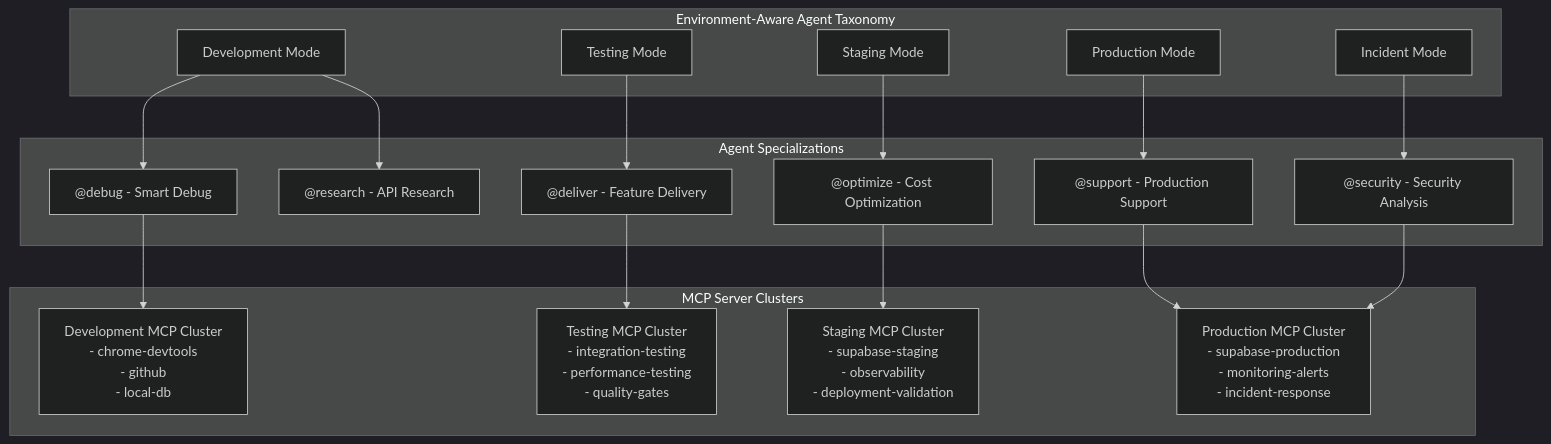
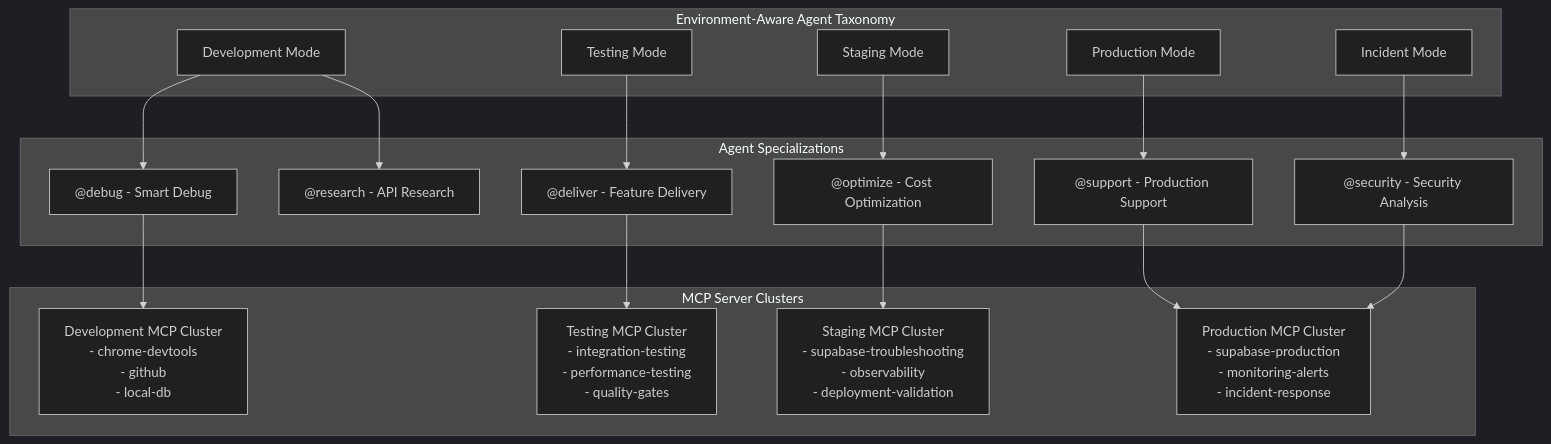
The first of 5 diagrams in docs/tooling/history/round-1/devops-environment-taxonomy.md (Alextorelli/ProspectPro), drawn with Mermaid before and after one commit. The commit also changed other lines of this file and 38 other files, not shown here.

````diff
--- a/docs/tooling/history/round-1/devops-environment-taxonomy.md
+++ b/docs/tooling/history/round-1/devops-environment-taxonomy.md
@@ -33,40 +33,40 @@
 ```mermaid
 %%{init: {'theme': 'dark'}}%%
 graph TB
     subgraph env_modes ["Environment-Aware Agent Taxonomy"]
         DEV[Development Mode]
         TEST[Testing Mode]
         STAGE[Staging Mode]
         PROD[Production Mode]
         INCIDENT[Incident Mode]
     end
 
     subgraph agent_modes ["Agent Specializations"]
     DEBUG["@debug - Smart Debug"]
     DELIVER["@deliver - Feature Delivery"]
     RESEARCH["@research - API Research"]
     OPTIMIZE["@optimize - Cost Optimization"]
     SUPPORT["@support - Production Support"]
     SECURITY["@security - Security Analysis"]
     end
 
     subgraph mcp_clusters ["MCP Server Clusters"]
         DEV_MCP[Development MCP Cluster\n- chrome-devtools\n- github\n- local-db]
         TEST_MCP[Testing MCP Cluster\n- integration-testing\n- performance-testing\n- quality-gates]
-        STAGE_MCP[Staging MCP Cluster\n- supabase-staging\n- observability\n- deployment-validation]
+        STAGE_MCP[Staging MCP Cluster\n- supabase-troubleshooting\n- observability\n- deployment-validation]
         PROD_MCP[Production MCP Cluster\n- supabase-production\n- monitoring-alerts\n- incident-response]
     end
 
     DEV --> DEBUG
     DEV --> RESEARCH
     TEST --> DELIVER
     STAGE --> OPTIMIZE
     PROD --> SUPPORT
     INCIDENT --> SECURITY
 
     DEBUG --> DEV_MCP
     DELIVER --> TEST_MCP
     OPTIMIZE --> STAGE_MCP
     SUPPORT --> PROD_MCP
     SECURITY --> PROD_MCP
 ```
````
